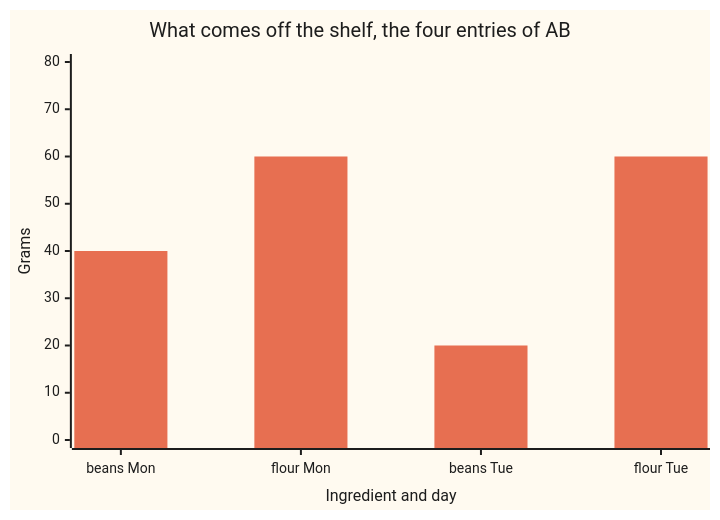
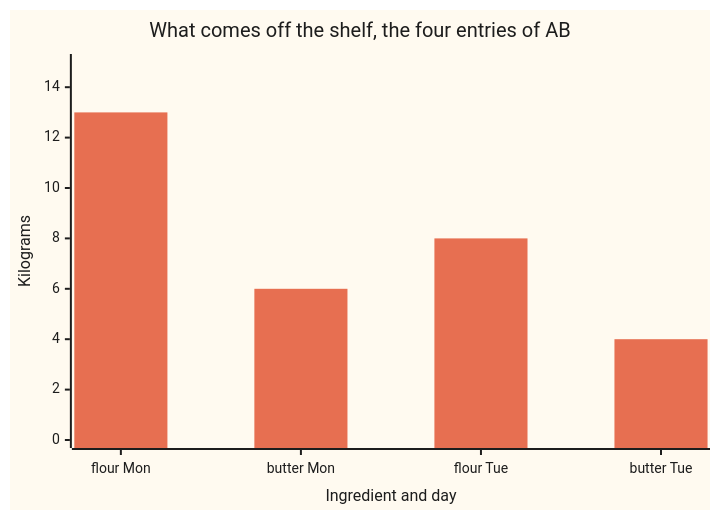
Before and after one commit to wappy-x/Mathematics: the second of 2 diagrams in Cards/03-Algebra/04-Matrices/03-matrix-multiplication.md, drawn with Mermaid. The commit also changed other lines of this file and 9 other files, not shown here.

````diff
--- a/Cards/03-Algebra/04-Matrices/03-matrix-multiplication.md
+++ b/Cards/03-Algebra/04-Matrices/03-matrix-multiplication.md
@@ -141,8 +143,8 @@
 ```mermaid
 %%{init: {"theme": "base", "themeVariables": {"xyChart": {"backgroundColor": "#fffaf0", "titleColor": "#1d1d1d", "xAxisLabelColor": "#1d1d1d", "xAxisTitleColor": "#1d1d1d", "xAxisTickColor": "#1d1d1d", "xAxisLineColor": "#1d1d1d", "yAxisLabelColor": "#1d1d1d", "yAxisTitleColor": "#1d1d1d", "yAxisTickColor": "#1d1d1d", "yAxisLineColor": "#1d1d1d", "plotColorPalette": "#e76f51, #2a9d8f, #264653"}}}}%%
 xychart-beta
     title "What comes off the shelf, the four entries of AB"
-    x-axis "Ingredient and day" ["beans Mon", "flour Mon", "beans Tue", "flour Tue"]
-    y-axis "Grams" 0 --> 80
-    bar [40, 60, 20, 60]
+    x-axis "Ingredient and day" ["flour Mon", "butter Mon", "flour Tue", "butter Tue"]
+    y-axis "Kilograms" 0 --> 15
+    bar [13, 6, 8, 4]
 ```
````
